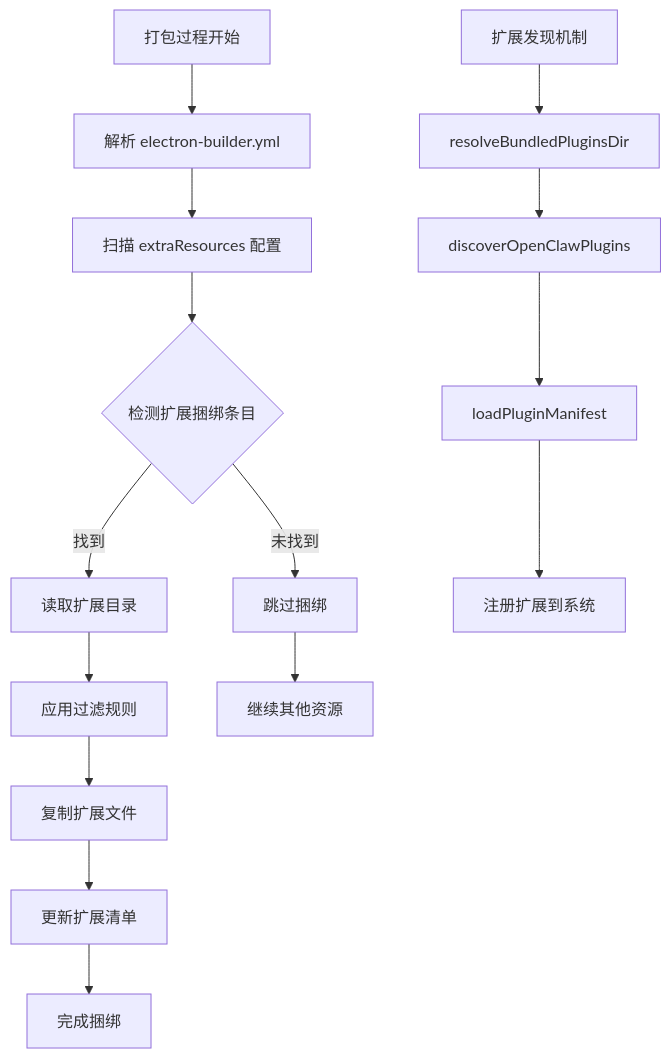
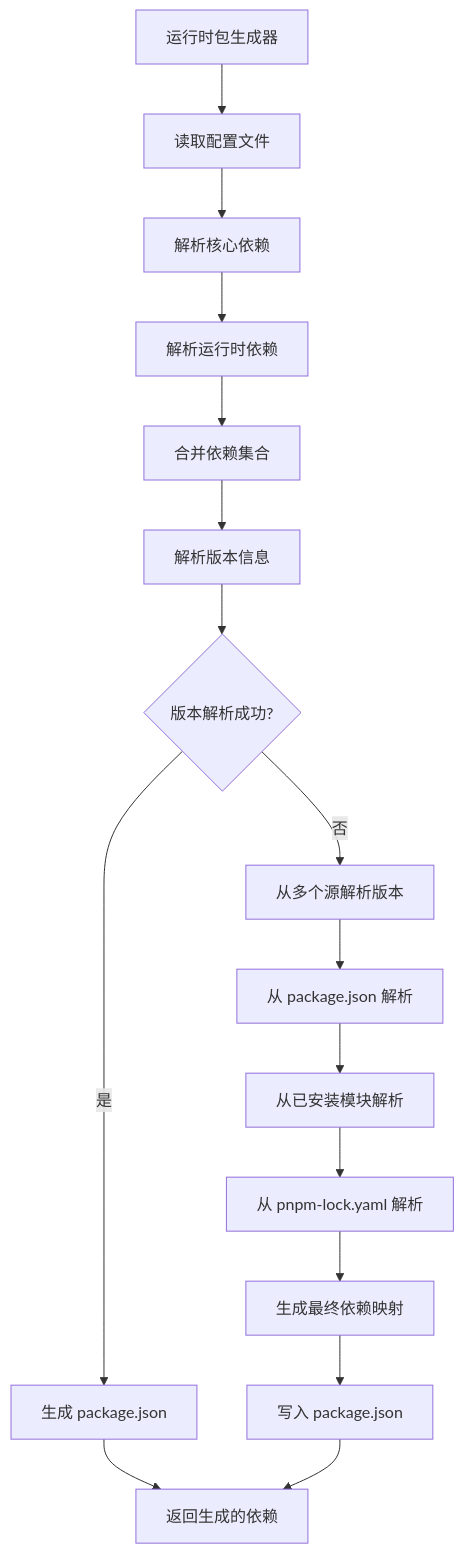
The eighth of 12 diagrams in .qoder/repowiki/zh/content/Electron Packaging Configuration.md (verse-ai-org/openclaw), drawn with Mermaid before and after one commit. The commit also changed other lines of this file and 27 other files, not shown here.

````diff
--- a/.qoder/repowiki/zh/content/Electron Packaging Configuration.md
+++ b/.qoder/repowiki/zh/content/Electron Packaging Configuration.md
@@ -406,17 +451,18 @@
 ```mermaid
 flowchart TD
-A[打包过程开始] --> B[解析 electron-builder.yml]
-B --> C[扫描 extraResources 配置]
-C --> D{检测扩展捆绑条目}
-D --> |找到| E[读取扩展目录]
-E --> F[应用过滤规则]
-F --> G[复制扩展文件]
-G --> H[更新扩展清单]
-H --> I[完成捆绑]
-D --> |未找到| J[跳过捆绑]
-J --> K[继续其他资源]
-L[扩展发现机制] --> M[resolveBundledPluginsDir]
-M --> N[discoverOpenClawPlugins]
-N --> O[loadPluginManifest]
-O --> P[注册扩展到系统]
+A[运行时包生成器] --> B[读取配置文件]
+B --> C[解析核心依赖]
+C --> D[解析运行时依赖]
+D --> E[合并依赖集合]
+E --> F[解析版本信息]
+F --> G{版本解析成功?}
+G --> |是| H[生成 package.json]
+G --> |否| I[从多个源解析版本]
+I --> J[从 package.json 解析]
+J --> K[从已安装模块解析]
+K --> L[从 pnpm-lock.yaml 解析]
+L --> M[生成最终依赖映射]
+M --> N[写入 package.json]
+H --> O[返回生成的依赖]
+N --> O
 ```
````
